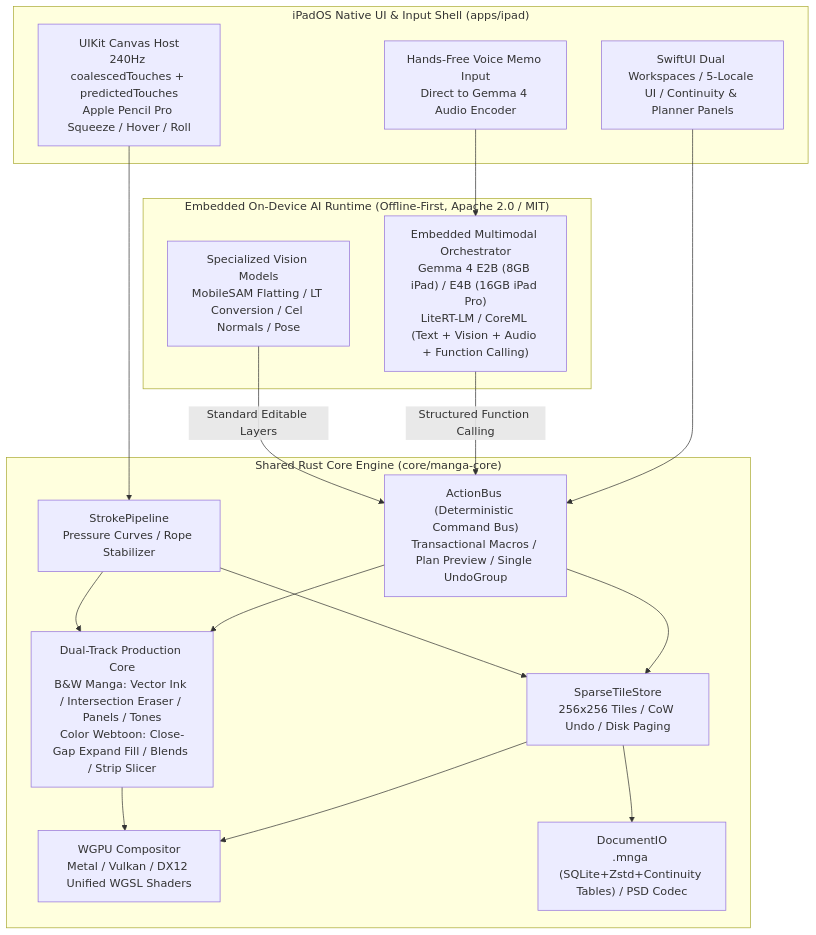
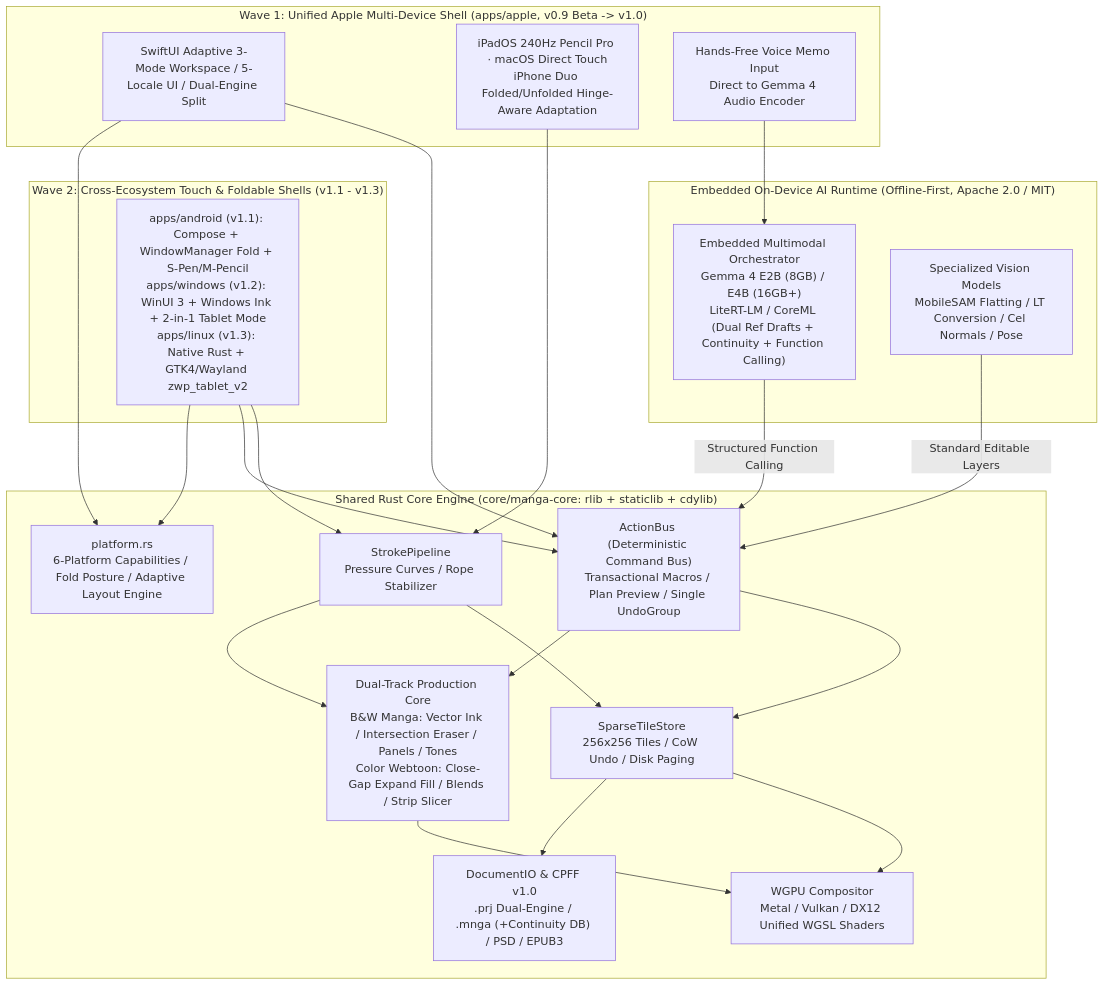
Before and after one commit to 70sDushuren/About-Paint-Tools: the diagram in docs/en/02-architecture-and-tech-stack.md, drawn with Mermaid. The commit also changed other lines of this file and 44 other files, not shown here.

Commit message:
feat: expand multi-platform touch & foldable roadmap and scaffold Apple/Android/Windows/Linux shells

````diff
--- a/docs/en/02-architecture-and-tech-stack.md
+++ b/docs/en/02-architecture-and-tech-stack.md
@@ -40,35 +40,44 @@
 ```mermaid
 flowchart TD
-    subgraph Shell["iPadOS Native UI & Input Shell (apps/ipad)"]
-        View["SwiftUI Dual Workspaces / 5-Locale UI / Continuity & Planner Panels"]
-        Touch["UIKit Canvas Host<br/>240Hz coalescedTouches + predictedTouches<br/>Apple Pencil Pro Squeeze / Hover / Roll"]
+    subgraph Wave1["Wave 1: Unified Apple Multi-Device Shell (apps/apple, v0.9 Beta -> v1.0)"]
+        View["SwiftUI Adaptive 3-Mode Workspace / 5-Locale UI / Dual-Engine Split"]
+        Touch["iPadOS 240Hz Pencil Pro · macOS Direct Touch<br/>iPhone Duo Folded/Unfolded Hinge-Aware Adaptation"]
         Voice["Hands-Free Voice Memo Input<br/>Direct to Gemma 4 Audio Encoder"]
     end
 
-    subgraph Engine["Shared Rust Core Engine (core/manga-core)"]
+    subgraph Wave2["Wave 2: Cross-Ecosystem Touch & Foldable Shells (v1.1 - v1.3)"]
+        Cross["apps/android (v1.1): Compose + WindowManager Fold + S-Pen/M-Pencil<br/>apps/windows (v1.2): WinUI 3 + Windows Ink + 2-in-1 Tablet Mode<br/>apps/linux (v1.3): Native Rust + GTK4/Wayland zwp_tablet_v2"]
+    end
+
+    subgraph Engine["Shared Rust Core Engine (core/manga-core: rlib + staticlib + cdylib)"]
+        Platform["platform.rs<br/>6-Platform Capabilities / Fold Posture / Adaptive Layout Engine"]
         Bus["ActionBus (Deterministic Command Bus)<br/>Transactional Macros / Plan Preview / Single UndoGroup"]
         Stroke["StrokePipeline<br/>Pressure Curves / Rope Stabilizer"]
         Tiles["SparseTileStore<br/>256x256 Tiles / CoW Undo / Disk Paging"]
         Manga["Dual-Track Production Core<br/>B&W Manga: Vector Ink / Intersection Eraser / Panels / Tones<br/>Color Webtoon: Close-Gap Expand Fill / Blends / Strip Slicer"]
         GPU["WGPU Compositor<br/>Metal / Vulkan / DX12 Unified WGSL Shaders"]
-        Doc["DocumentIO<br/>.mnga (SQLite+Zstd+Continuity Tables) / PSD Codec"]
+        Doc["DocumentIO & CPFF v1.0<br/>.prj Dual-Engine / .mnga (+Continuity DB) / PSD / EPUB3"]
     end
 
     subgraph LocalAI["Embedded On-Device AI Runtime (Offline-First, Apache 2.0 / MIT)"]
-        Gemma["Embedded Multimodal Orchestrator<br/>Gemma 4 E2B (8GB iPad) / E4B (16GB iPad Pro)<br/>LiteRT-LM / CoreML (Text + Vision + Audio + Function Calling)"]
+        Gemma["Embedded Multimodal Orchestrator<br/>Gemma 4 E2B (8GB) / E4B (16GB+)<br/>LiteRT-LM / CoreML (Dual Ref Drafts + Continuity + Function Calling)"]
         Vision["Specialized Vision Models<br/>MobileSAM Flatting / LT Conversion / Cel Normals / Pose"]
     end
 
     Touch --> Stroke
     View --> Bus
+    View --> Platform
+    Cross --> Stroke
+    Cross --> Bus
+    Cross --> Platform
     Voice --> Gemma
     Gemma -- "Structured Function Calling" --> Bus
     Vision -- "Standard Editable Layers" --> Bus
     Bus --> Tiles
     Bus --> Manga
     Stroke --> Tiles
     Stroke --> Manga
     Tiles --> GPU
     Manga --> GPU
     Tiles --> Doc
 ```
````
